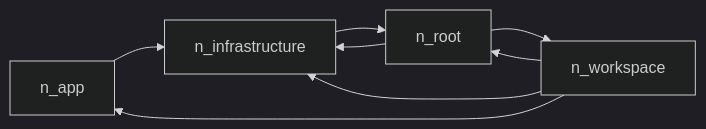
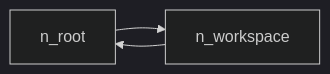
The second of 2 diagrams in docs/interfaces/DEPENDENCY-GRAPH.md (JUANWANG-BUAA/ginkgo), drawn with Mermaid (dark theme) before and after one commit. The commit also changed other lines of this file and 56 other files, not shown here.

Commit message:
重构：收敛交接边界并生成可追溯工程调用图

````diff
--- a/docs/interfaces/DEPENDENCY-GRAPH.md
+++ b/docs/interfaces/DEPENDENCY-GRAPH.md
@@ -191,10 +188,5 @@
 ```mermaid
 flowchart LR
-  n_app --> n_infrastructure
-  n_infrastructure --> n_root
-  n_root --> n_infrastructure
   n_root --> n_workspace
-  n_workspace --> n_app
-  n_workspace --> n_infrastructure
   n_workspace --> n_root
 ```
````
